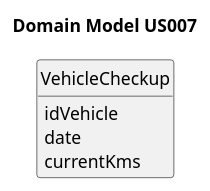
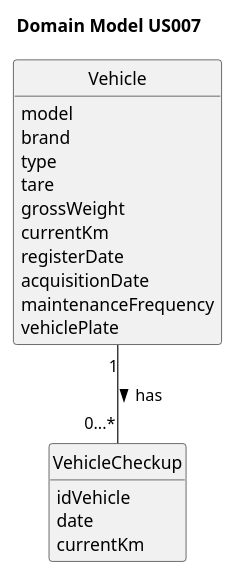
Before and after one commit to RicardoMorim/lapr2-ISEP-Project: the diagram in docs/sprintB/us007/02.analysis/puml/us007-domain-model.puml, drawn with PlantUML. The commit also changed 9 other files, not shown here.

```diff
--- a/docs/sprintB/us007/02.analysis/puml/us007-domain-model.puml
+++ b/docs/sprintB/us007/02.analysis/puml/us007-domain-model.puml
@@ -1,19 +1,34 @@
 @startuml
 skinparam monochrome true
 skinparam packageStyle rectangle
 skinparam shadowing false
 
 skinparam classAttributeIconSize 0
 
 hide circle
 hide methods
 
 title Domain Model US007
 
 class VehicleCheckup {
     idVehicle
     date
-    currentKms
+    currentKm
 }
 
+class Vehicle {
+    model
+    brand
+    type
+    tare
+    grossWeight
+    currentKm
+    registerDate
+    acquisitionDate
+    maintenanceFrequency
+    vehiclePlate
+}
+
+Vehicle "1" -- "0...*" VehicleCheckup: has >
+
 @enduml
```
